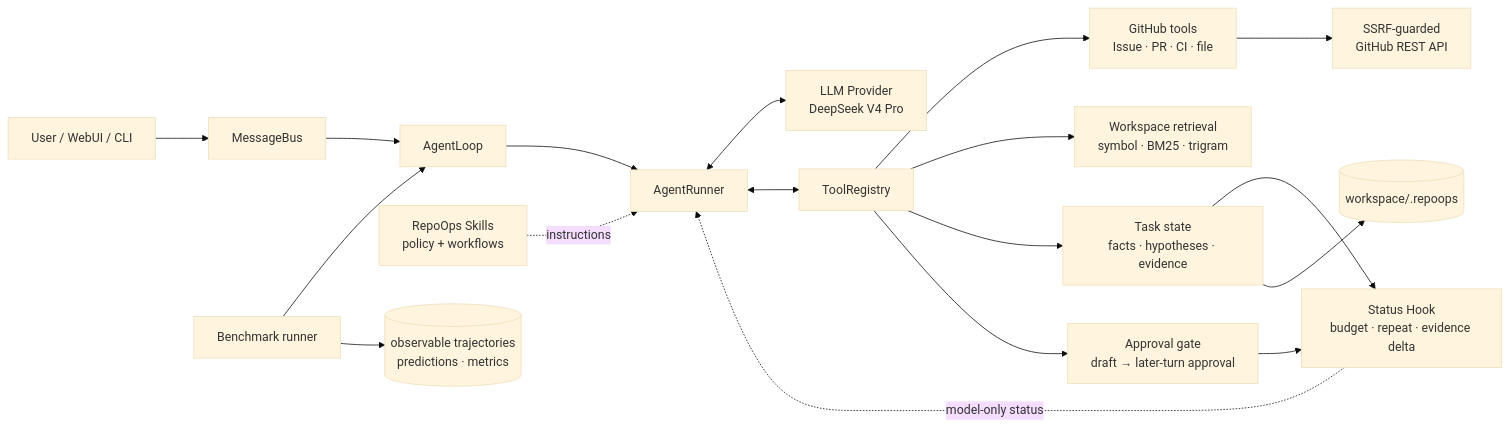
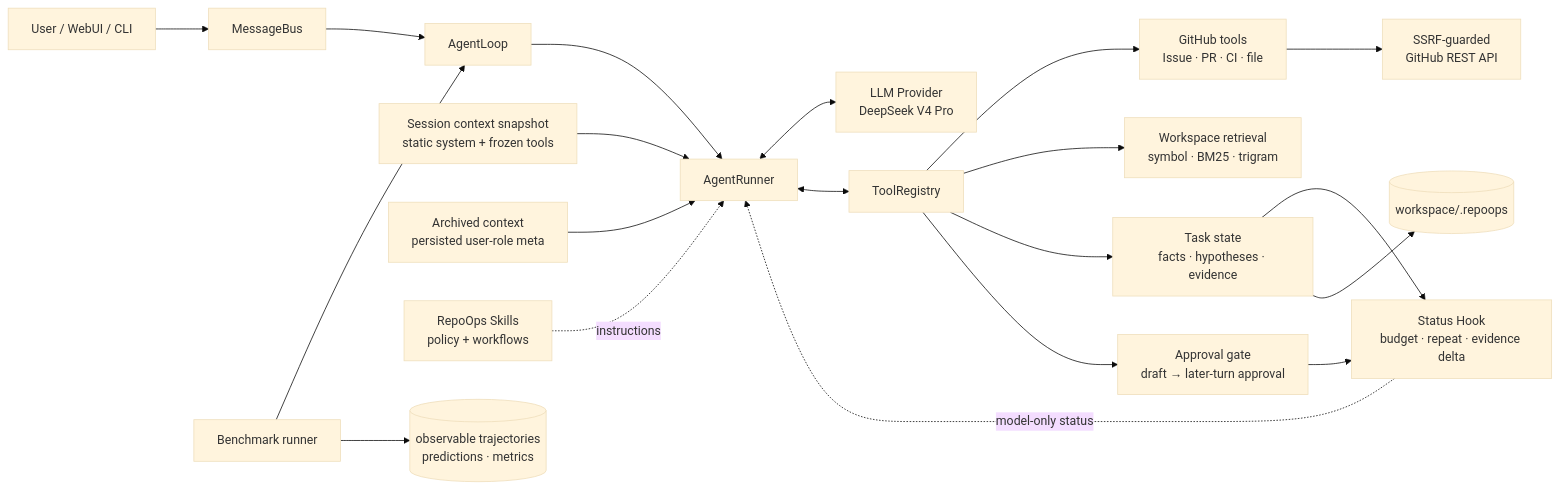
The first of 3 diagrams in docs/architecture.md (123kaze/RepoOpsAgent), drawn with Mermaid (base theme) before and after one commit. The commit also changed other lines of this file and 41 other files, not shown here.

Commit message:
feat: add KV-cache-aware context architecture

````diff
--- a/docs/architecture.md
+++ b/docs/architecture.md
@@ -7,23 +8,26 @@
 ```mermaid
 flowchart LR
     U[User / WebUI / CLI] --> B[MessageBus]
     B --> L[AgentLoop]
     L --> R[AgentRunner]
     R <--> P[LLM Provider<br/>DeepSeek V4 Pro]
     R <--> T[ToolRegistry]
 
     T --> G[GitHub tools<br/>Issue · PR · CI · file]
     T --> Q[Workspace retrieval<br/>symbol · BM25 · trigram]
     T --> S[Task state<br/>facts · hypotheses · evidence]
     T --> A[Approval gate<br/>draft → later-turn approval]
     S --> H[Status Hook<br/>budget · repeat · evidence delta]
     A --> H
     H -. model-only status .-> R
 
+    C[Session context snapshot<br/>static system + frozen tools] --> R
+    O[Archived context<br/>persisted user-role meta] --> R
+
     G --> N[SSRF-guarded<br/>GitHub REST API]
     S --> D[(workspace/.repoops)]
 
     K[RepoOps Skills<br/>policy + workflows] -. instructions .-> R
     E[Benchmark runner] --> L
     E --> X[(observable trajectories<br/>predictions · metrics)]
 ```
````
